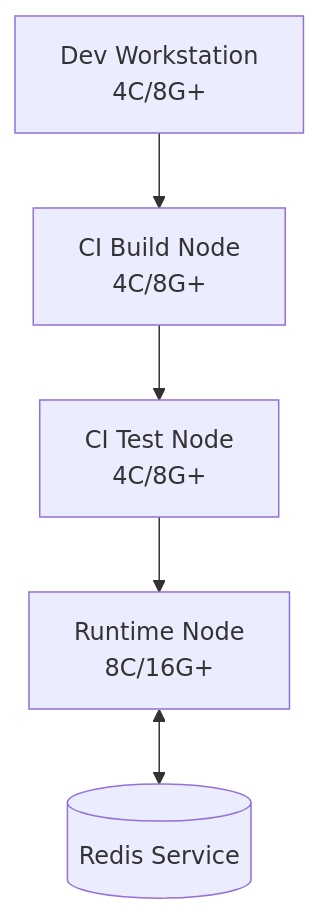
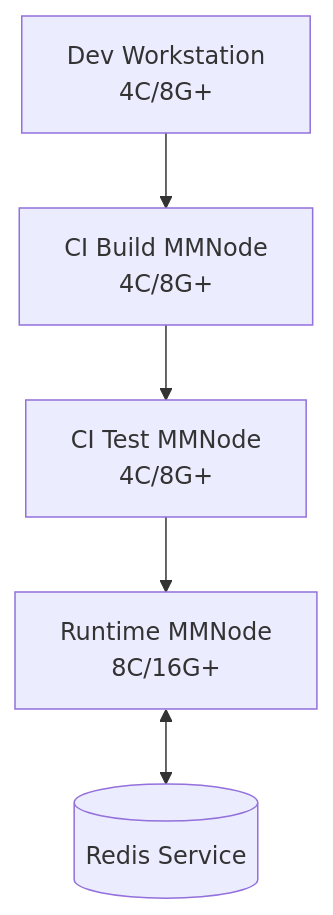
Diagram 11 of 14 in docs/ARCHITECTURE.md (xyz11274/agentf), drawn with Mermaid before and after one commit. The commit also changed other lines of this file and 106 other files, not shown here.

````diff
--- a/docs/ARCHITECTURE.md
+++ b/docs/ARCHITECTURE.md
@@ -471,7 +471,7 @@
 ```mermaid
 graph TB
-    DEV[Dev Workstation\n4C/8G+] --> BUILDNODE[CI Build Node\n4C/8G+]
-    BUILDNODE --> TESTNODE[CI Test Node\n4C/8G+]
-    TESTNODE --> PRODNODE[Runtime Node\n8C/16G+]
+    DEV[Dev Workstation\n4C/8G+] --> BUILDNODE[CI Build MMNode\n4C/8G+]
+    BUILDNODE --> TESTNODE[CI Test MMNode\n4C/8G+]
+    TESTNODE --> PRODNODE[Runtime MMNode\n8C/16G+]
     PRODNODE <--> REDIS[(Redis Service)]
 ```
````
